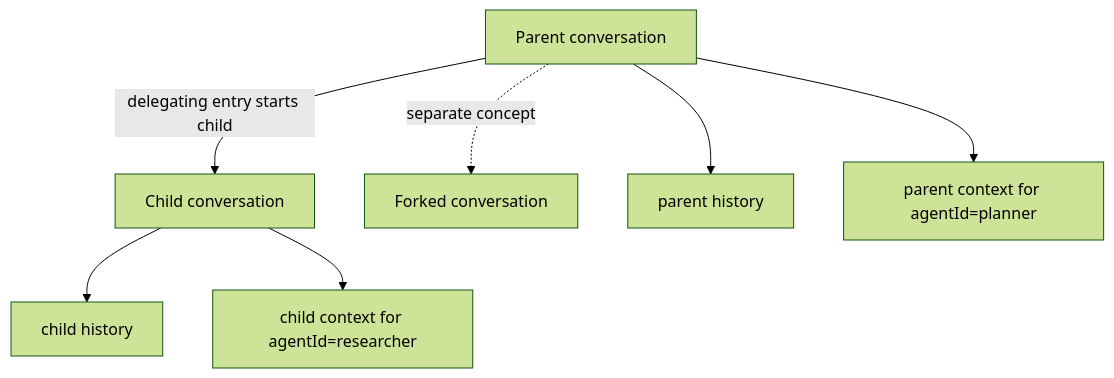
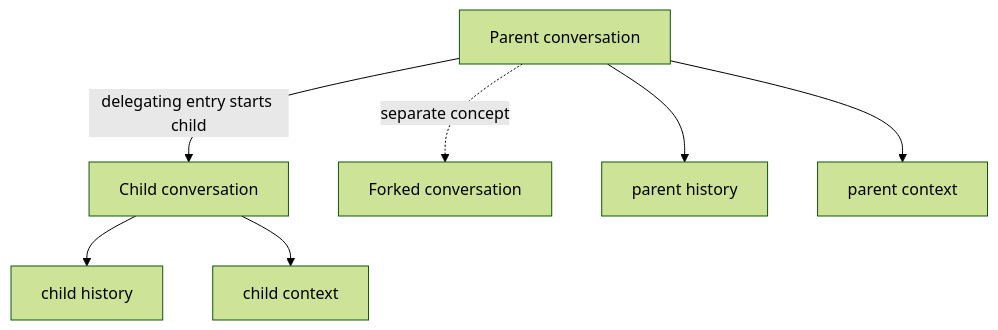
The diagram in site/src/pages/docs/concepts/agent-subagent-workflows.mdx (chirino/memory-service), drawn with Mermaid (forest theme) before and after one commit. The commit also changed other lines of this file and 44 other files, not shown here.

````diff
--- a/site/src/pages/docs/concepts/agent-subagent-workflows.mdx
+++ b/site/src/pages/docs/concepts/agent-subagent-workflows.mdx
@@ -56,9 +55,9 @@
 ```mermaid
 flowchart TD
     A[Parent conversation] -->|delegating entry starts child| B[Child conversation]
     A -. separate concept .-> F[Forked conversation]
     B --> B1[child history]
-    B --> B2[child context for agentId=researcher]
+    B --> B2[child context]
     A --> A1[parent history]
-    A --> A2[parent context for agentId=planner]
+    A --> A2[parent context]
 ```
````
